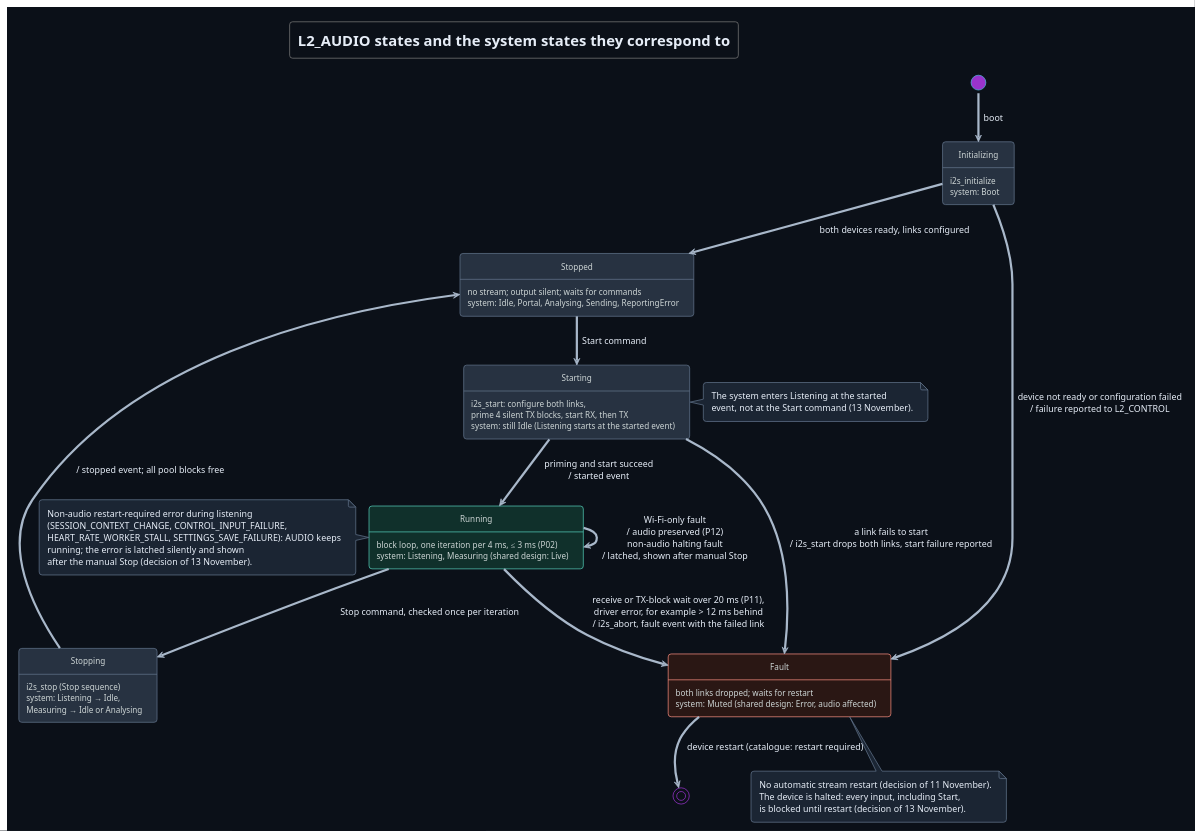
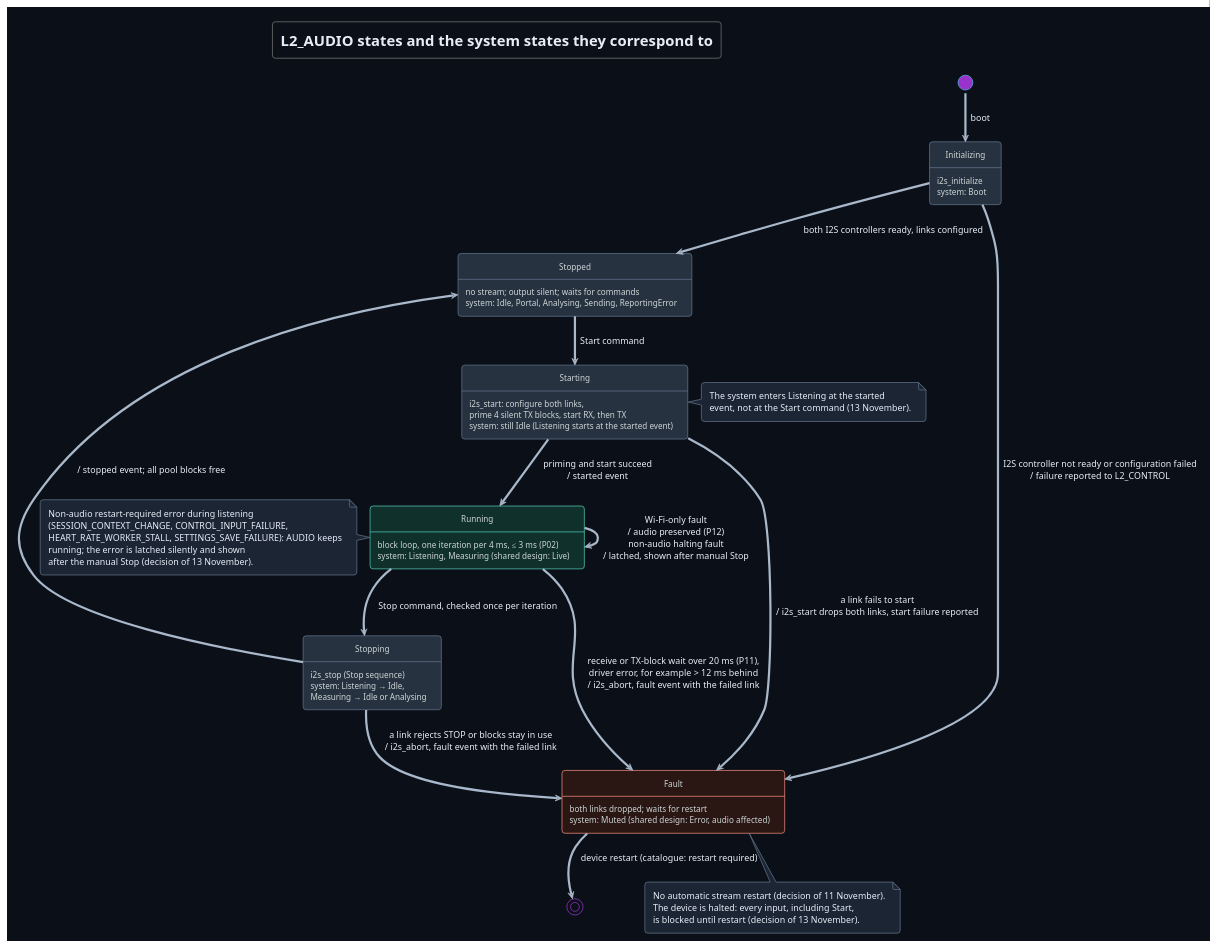
One commit to DemonicPsychoII/DigitalStethoscope changed the diagram in Development/system/design/AUDIO/audio-state.puml. Above: the diagram before and after it, drawn with PlantUML. The commit also changed 6 other files, not shown here.

First line of the commit message:
TICKET-185: documentation: route a rejected or incomplete Stop to the audio fault path and test boot failures that the controllers can report

```diff
--- a/Development/system/design/AUDIO/audio-state.puml
+++ b/Development/system/design/AUDIO/audio-state.puml
@@ -1,62 +1,63 @@
 @startuml audio_state
 !theme cyborg
 !pragma layout smetana
 skinparam shadowing false
 skinparam defaultFontName SansSerif
 skinparam backgroundColor #0b1018
 skinparam defaultFontColor #e6edf7
 skinparam ArrowColor #a9b8ca
 skinparam ArrowFontColor #e6edf7
 skinparam state {
  BackgroundColor #273241
  BorderColor #61738a
  FontColor #e6edf7
  AttributeFontColor #cdd5d5
  BackgroundColor<<running>> #10302b
  BorderColor<<running>> #52c7b4
  BackgroundColor<<fault>> #2a1714
  BorderColor<<fault>> #f08a7c
  BackgroundColor<<unclear>> #3a3320
  BorderColor<<unclear>> #dcbb63
 }
 skinparam note {
  BackgroundColor #1b2533
  BorderColor #61738a
  FontColor #e6edf7
 }
 title L2_AUDIO states and the system states they correspond to
 hide empty description
 state "Initializing" as Initializing : i2s_initialize\nsystem: Boot
 state "Stopped" as Stopped : no stream; output silent; waits for commands\nsystem: Idle, Portal, Analysing, Sending, ReportingError
 state "Starting" as Starting : i2s_start: configure both links,\nprime 4 silent TX blocks, start RX, then TX\nsystem: still Idle (Listening starts at the started event)
 state "Running" as Running <<running>> : block loop, one iteration per 4 ms, ≤ 3 ms (P02)\nsystem: Listening, Measuring (shared design: Live)
 state "Stopping" as Stopping : i2s_stop (Stop sequence)\nsystem: Listening → Idle,\nMeasuring → Idle or Analysing
 state "Fault" as Fault <<fault>> : both links dropped; waits for restart\nsystem: Muted (shared design: Error, audio affected)
 [*] --> Initializing : boot
-Initializing --> Stopped : both devices ready, links configured
-Initializing --> Fault : device not ready or configuration failed\n/ failure reported to L2_CONTROL
+Initializing --> Stopped : both I2S controllers ready, links configured
+Initializing --> Fault : I2S controller not ready or configuration failed\n/ failure reported to L2_CONTROL
 Stopped --> Starting : Start command
 Starting --> Running : priming and start succeed\n/ started event
 Starting --> Fault : a link fails to start\n/ i2s_start drops both links, start failure reported
 Running --> Stopping : Stop command, checked once per iteration
 Stopping --> Stopped : / stopped event; all pool blocks free
+Stopping --> Fault : a link rejects STOP or blocks stay in use\n/ i2s_abort, fault event with the failed link
 Running --> Fault : receive or TX-block wait over 20 ms (P11),\ndriver error, for example > 12 ms behind\n/ i2s_abort, fault event with the failed link
 Running --> Running : Wi-Fi-only fault\n/ audio preserved (P12)\nnon-audio halting fault\n/ latched, shown after manual Stop
 Fault --> [*] : device restart (catalogue: restart required)
 note bottom of Fault
   No automatic stream restart (decision of 11 November).
   The device is halted: every input, including Start,
   is blocked until restart (decision of 13 November).
 end note
 note left of Running
   Non-audio restart-required error during listening
   (SESSION_CONTEXT_CHANGE, CONTROL_INPUT_FAILURE,
   HEART_RATE_WORKER_STALL, SETTINGS_SAVE_FAILURE): AUDIO keeps
   running; the error is latched silently and shown
   after the manual Stop (decision of 13 November).
 end note
 note right of Starting
   The system enters Listening at the started
   event, not at the Start command (13 November).
 end note
 @enduml
```
